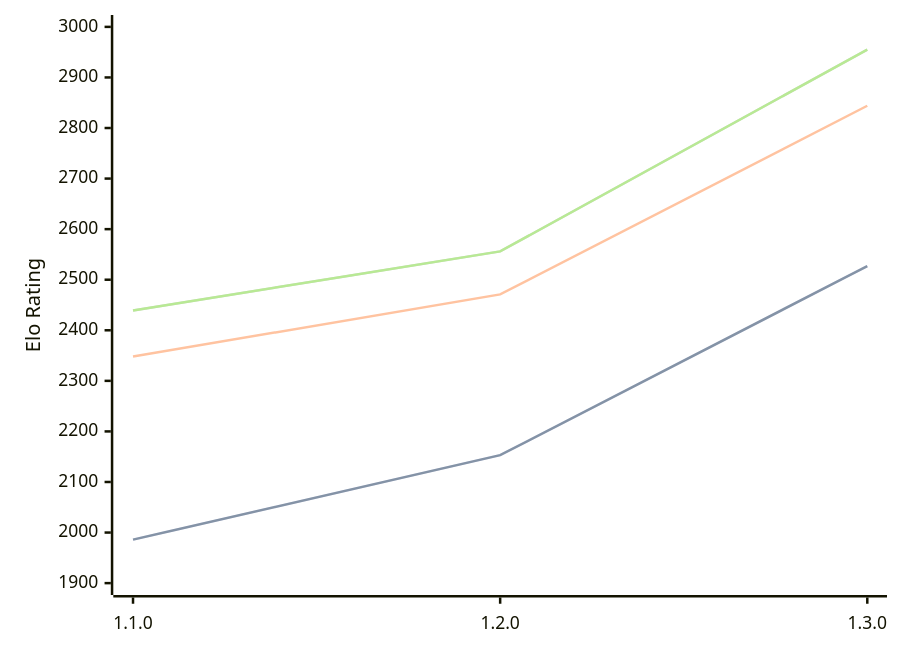
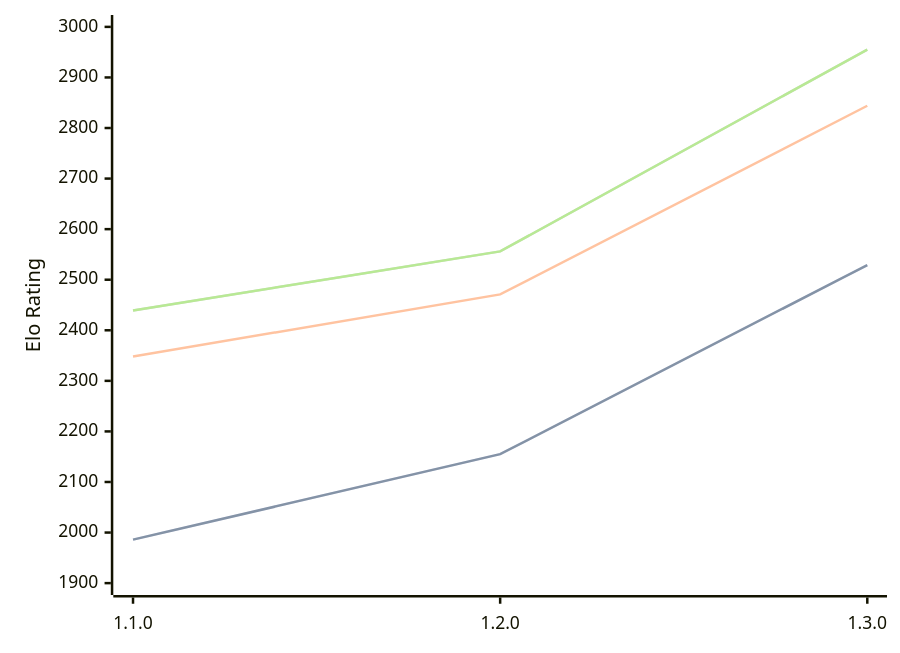
Before and after one commit to computer-chess-index/cci: the diagram in engines/Gyatso.md, drawn with Mermaid. The commit also changed other lines of this file, not shown here.

````diff
--- a/engines/Gyatso.md
+++ b/engines/Gyatso.md
@@ -34,11 +34,11 @@
 ```mermaid
 %%{init: {"theme":"base","themeVariables":{"seriesColors:['#a3a3a3','#222221','#faa371']}}}%%
 xychart-beta
   x-axis ["1.1.0", "1.2.0", "1.3.0"]
   y-axis "Elo Rating" 1900 --> 3000
-  line "STC (8.0+0.08s)" [1986, 2153, 2527]
-  line "STC (8.0+0.08s)" [1986, 2153, 2527]
+  line "STC (8.0+0.08s)" [1986, 2155, 2529]
+  line "STC (8.0+0.08s)" [1986, 2155, 2529]
   line "LTC (60.0+0.60s)" [2348, 2471, 2844]
   line "VLTC (2m24s+1.12s)" [2439, 2556, 2955]
   line "VLTC (2m24s+1.12s)" [2439, 2556, 2955]
 ```
````
